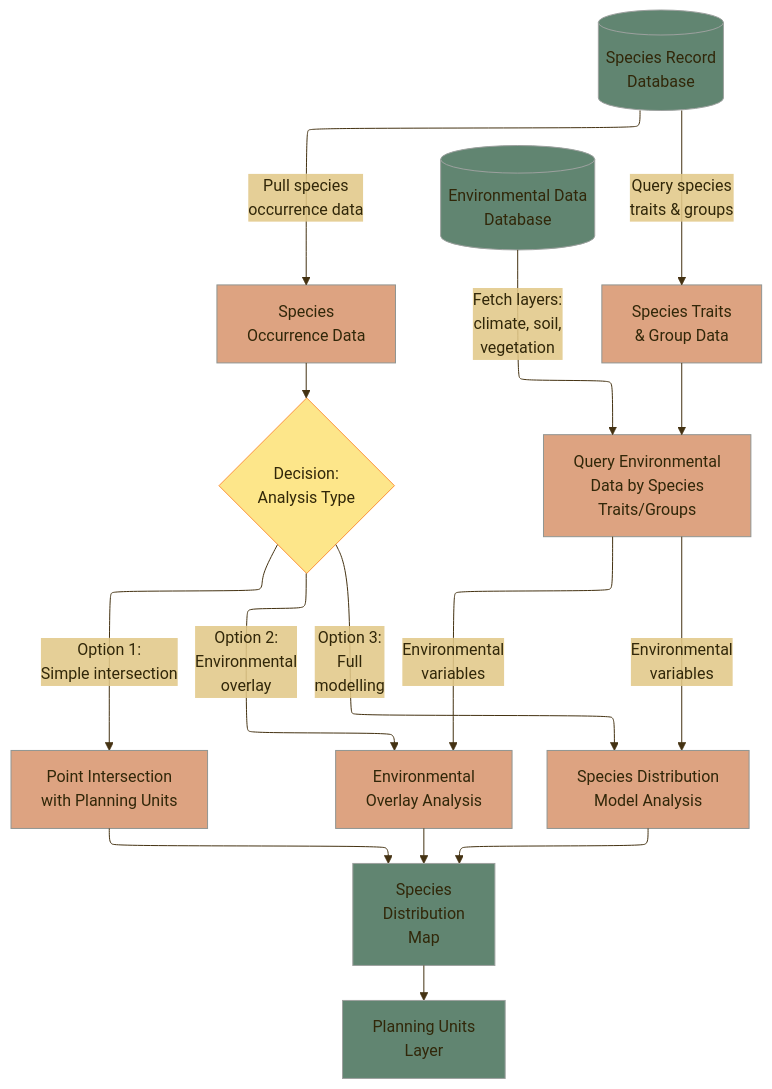
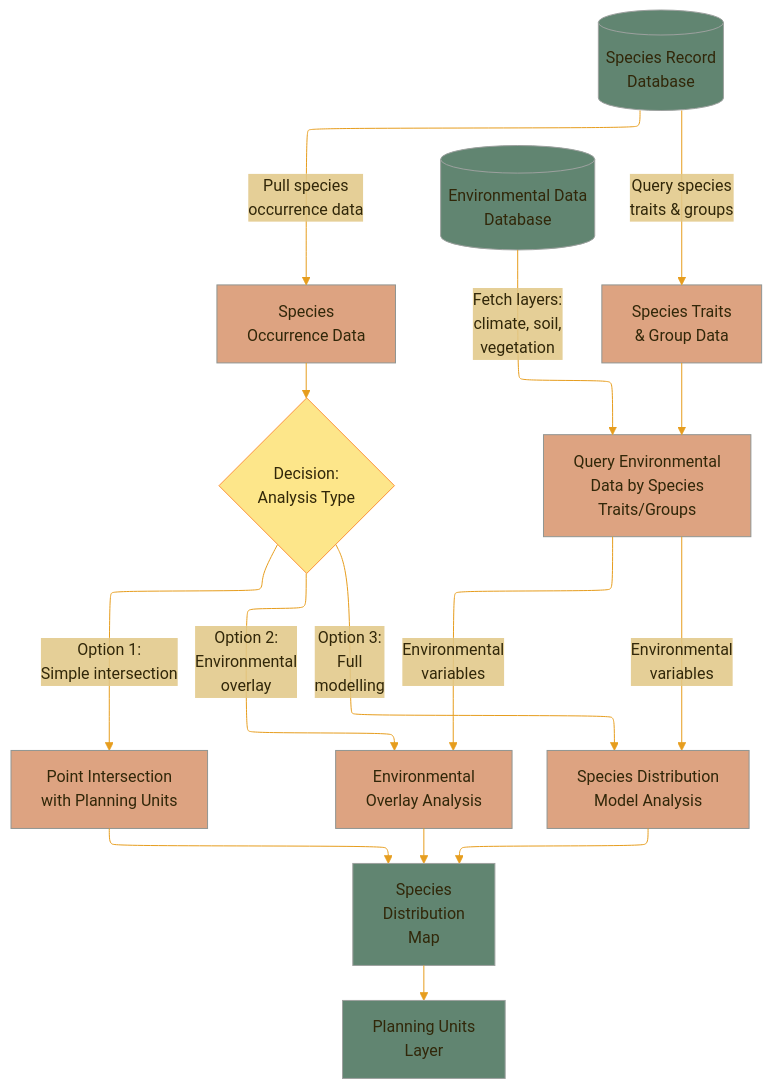
The diagram in readme.md (ekznw/sdm), drawn with Mermaid before and after one commit. The commit also changed 1 other file, not shown here.

Commit message:
readme flow colour

````diff
--- a/readme.md
+++ b/readme.md
@@ -3,47 +3,48 @@
 ``` mermaid
 ---
 config:
   layout: elk
   elk:
+    nodePlacement.strategy: SIMPLE
     padding: 25
-    nodePlacement.strategy: SIMPLE
-    spacing.nodeNode: 30
+    spacing.nodeNode: 50         # ↑ increase node spacing
+    spacing.nodeNodeBetweenLayers: 50
   themeVariables:
     primaryTextColor: "#322c2c"       # arrow labels
     textColor: "#312709"              # node text
     labelTextColor: "#151319"         # node labels
-    lineColor: "#443212"              # arrow color
+    lineColor: "#e69d1e"              # arrow color
     edgeLabelBackground: "#e2c888bf"  # link bg color
 ---
 flowchart TD
     SpeciesRecordDB[(Species Record<br/>Database)] -->|Pull species<br/>occurrence data| DataInput[Species<br/>Occurrence Data]
     DataInput --> DecisionPoint{Decision:<br/>Analysis Type}
     
     DecisionPoint -->|Option 1:<br/>Simple intersection| PointIntersection[Point Intersection<br/>with Planning Units]
     DecisionPoint -->|Option 2:<br/>Environmental<br/>overlay| EnvOverlay[Environmental<br/>Overlay Analysis]
     DecisionPoint -->|Option 3:<br/>Full<br/>modelling| SDMAnalysis[Species Distribution<br/>Model Analysis]
     
     SpeciesRecordDB -->|Query species<br/>traits & groups| SpeciesTraits[Species Traits<br/>& Group Data]
     SpeciesTraits --> EnvDataQuery[Query Environmental<br/>Data by Species<br/>Traits/Groups]
     
     EnvDataDB[(Environmental Data<br/>Database)] -->|Fetch layers:<br/>climate, soil,<br/>vegetation| EnvDataQuery
     
     EnvDataQuery -->|"Environmental<br/>variables"| EnvOverlay
     EnvDataQuery -->|"Environmental<br/>variables"| SDMAnalysis
     
     PointIntersection --> Output[Species<br/>Distribution<br/>Map]
     EnvOverlay --> Output
     SDMAnalysis --> Output
     
     Output --> PlanningUnits[Planning Units<br/>Layer]
     
     classDef database fill:#618571,stroke:#9da19f
     classDef process fill:#dda381,stroke:#909592
     classDef decision fill:#fde68a,stroke:#fb923c
     classDef output fill:#618571,stroke:#9da19f
     
     class SpeciesRecordDB,EnvDataDB database
     class DataInput,SpeciesTraits,EnvDataQuery,PointIntersection,EnvOverlay,SDMAnalysis process
     class DecisionPoint decision
     class Output,PlanningUnits output
 ```
````
